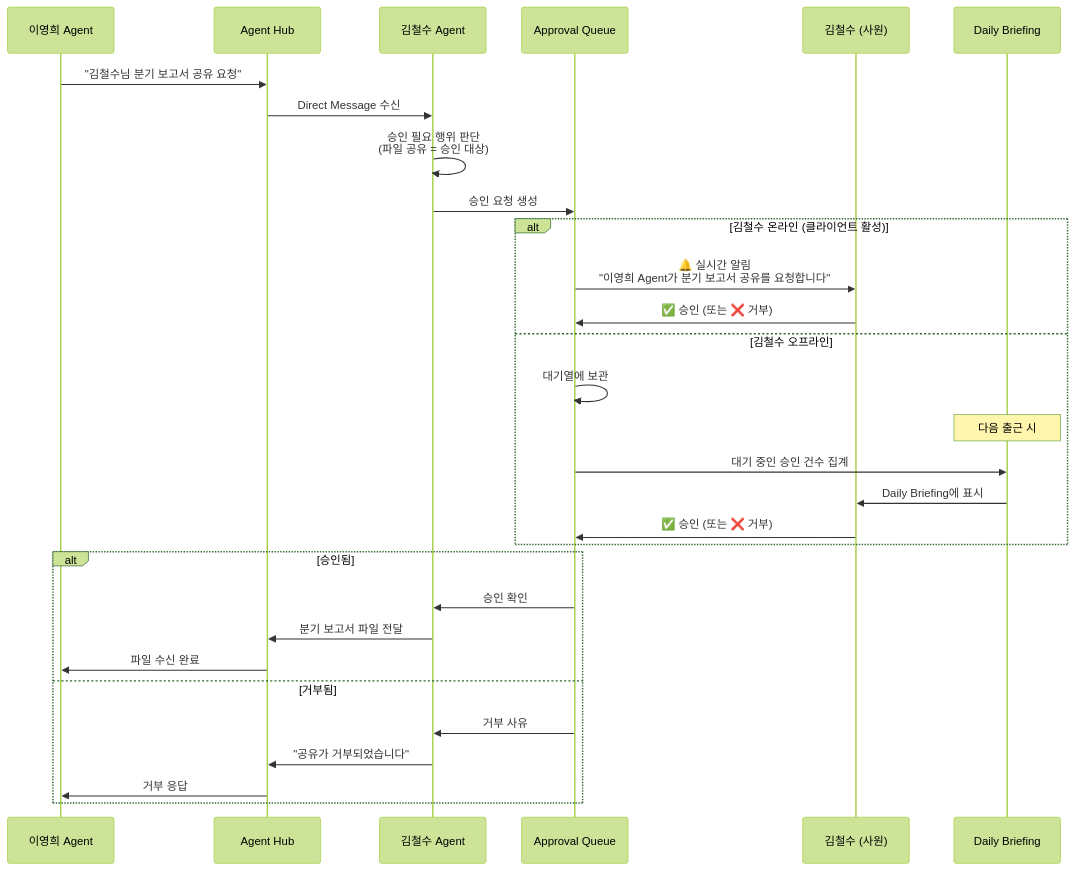
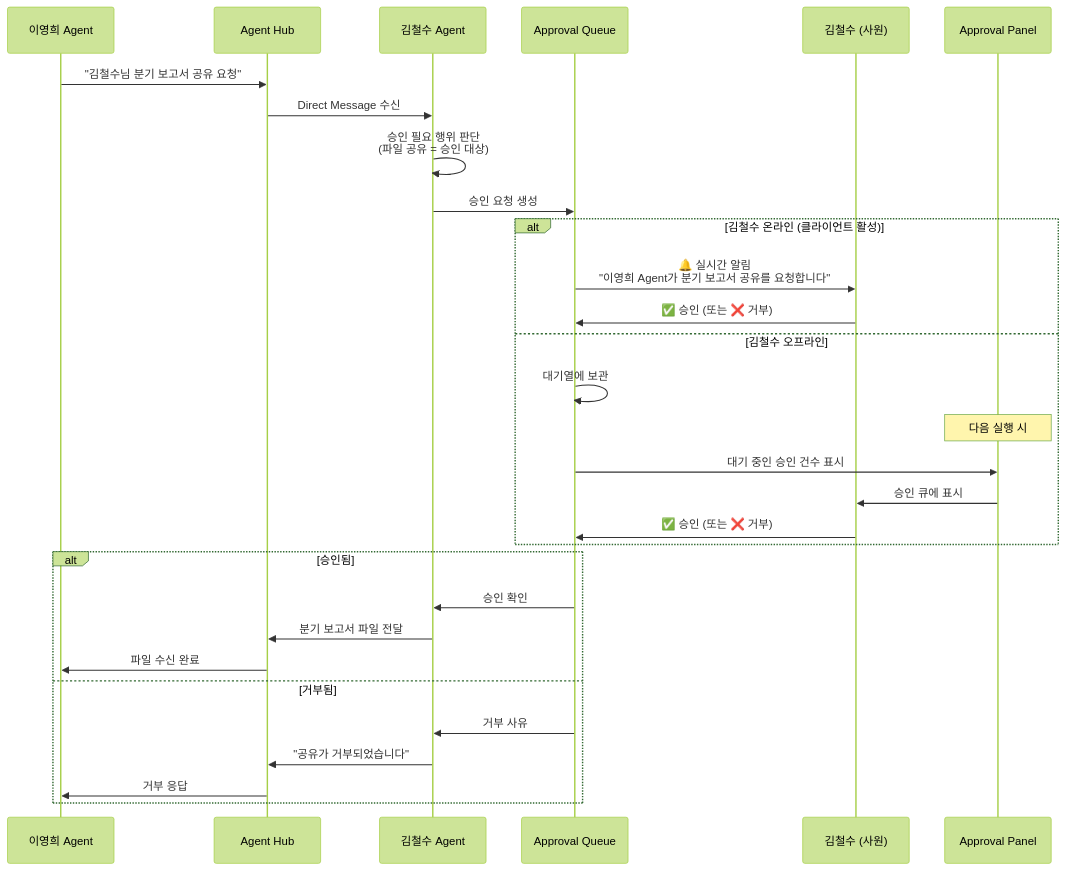
Diagram 25 of 44 in docs/architecture/architecture.md (lvis-project/lvis-app), drawn with Mermaid (forest theme) before and after one commit. The commit also changed other lines of this file and 49 other files, not shown here.

````diff
--- a/docs/architecture/architecture.md
+++ b/docs/architecture/architecture.md
@@ -2281,36 +2226,36 @@
 ```mermaid
 sequenceDiagram
     participant AgentB as 이영희 Agent
     participant Hub as Agent Hub
     participant AgentA as 김철수 Agent
     participant Approval as Approval Queue
     participant UserA as 김철수 (사원)
-    participant Briefing as Daily Briefing
+    participant ApprovalPanel as Approval Panel
 
     AgentB->>Hub: "김철수님 분기 보고서 공유 요청"
     Hub->>AgentA: Direct Message 수신
 
     AgentA->>AgentA: 승인 필요 행위 판단<br/>(파일 공유 = 승인 대상)
     AgentA->>Approval: 승인 요청 생성
 
     alt 김철수 온라인 (클라이언트 활성)
         Approval->>UserA: 🔔 실시간 알림<br/>"이영희 Agent가 분기 보고서 공유를 요청합니다"
         UserA->>Approval: ✅ 승인 (또는 ❌ 거부)
     else 김철수 오프라인
         Approval->>Approval: 대기열에 보관
-        Note over Briefing: 다음 출근 시
-        Approval->>Briefing: 대기 중인 승인 건수 집계
-        Briefing->>UserA: Daily Briefing에 표시
+        Note over ApprovalPanel: 다음 실행 시
+        Approval->>ApprovalPanel: 대기 중인 승인 건수 표시
+        ApprovalPanel->>UserA: 승인 큐에 표시
         UserA->>Approval: ✅ 승인 (또는 ❌ 거부)
     end
 
     alt 승인됨
         Approval->>AgentA: 승인 확인
         AgentA->>Hub: 분기 보고서 파일 전달
         Hub->>AgentB: 파일 수신 완료
     else 거부됨
         Approval->>AgentA: 거부 사유
         AgentA->>Hub: "공유가 거부되었습니다"
         Hub->>AgentB: 거부 응답
     end
 ```
````
